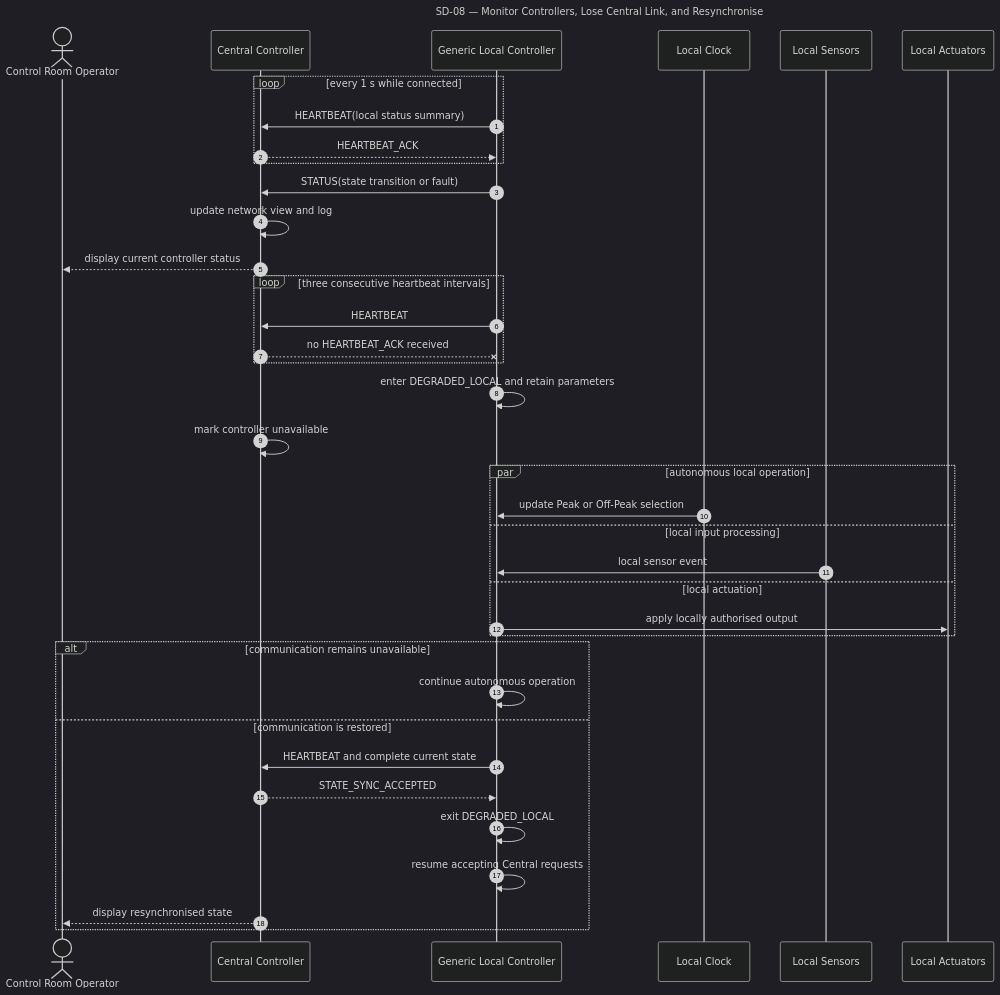
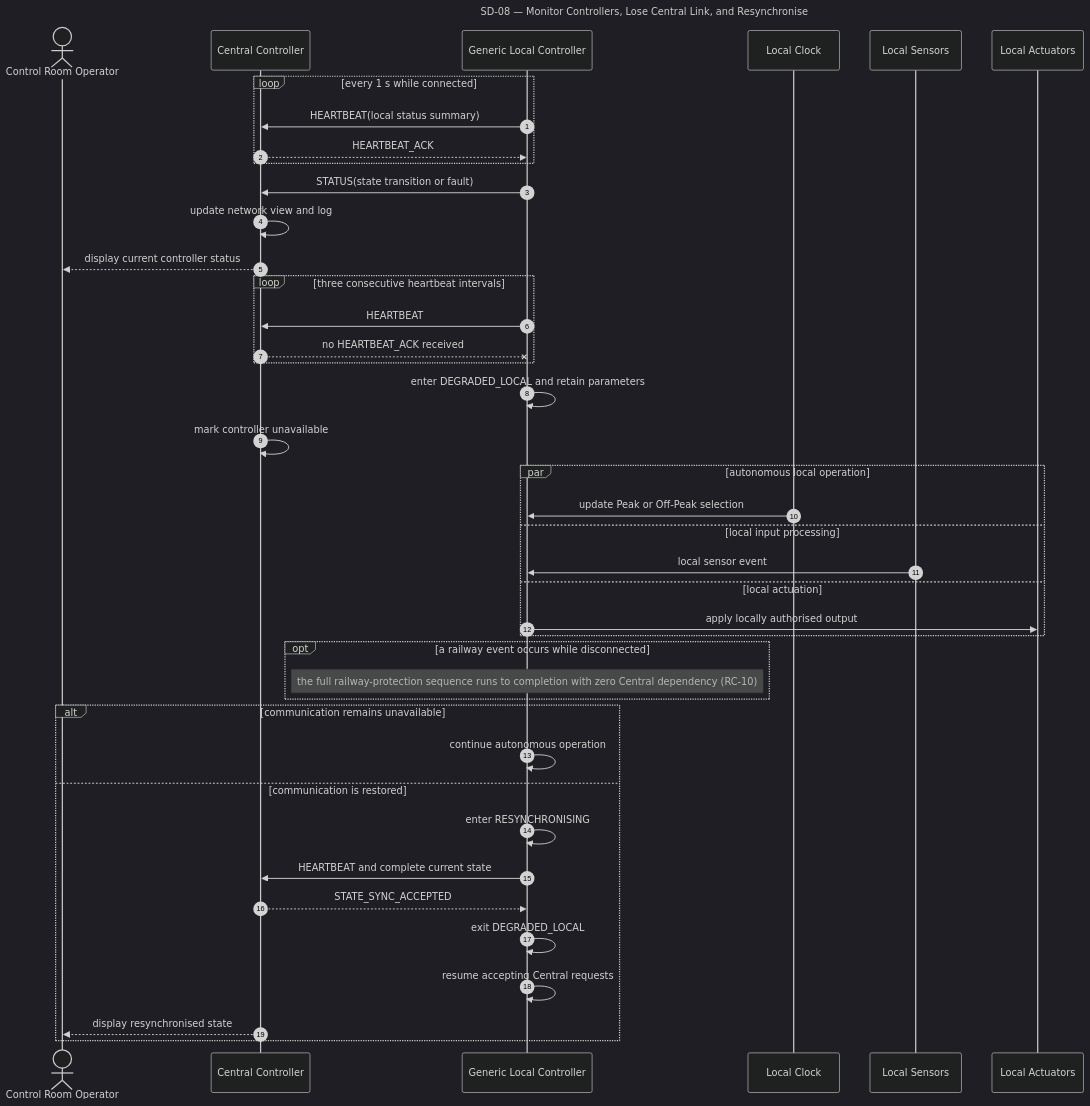
Before and after one commit to lucietran03/traffic-control-system: the eighth of 8 diagrams in SEQUENCE_DIAGRAMS.md, drawn with Mermaid (dark theme). The commit also changed other lines of this file and 1 other file, not shown here.

First line of the commit message:
Fix SD-07 ACK ordering, restore missing UC alt flows, add review notes

````diff
--- a/SEQUENCE_DIAGRAMS.md
+++ b/SEQUENCE_DIAGRAMS.md
@@ -381,51 +420,56 @@
 ```mermaid
 ---
 title: SD-08 — Monitor Controllers, Lose Central Link, and Resynchronise
 ---
 sequenceDiagram
     accTitle: SD-08 Monitor Controllers, Lose Central Link, and Resynchronise
     accDescr: A local controller is monitored while connected, continues autonomously after heartbeat loss, and resynchronises its current state before accepting new Central commands.
     autonumber
 
     actor Op as Control Room Operator
     participant C1 as Central Controller
     participant Gx as Generic Local Controller
     participant Clk as Local Clock
     participant Sn as Local Sensors
     participant Ac as Local Actuators
 
     loop every 1 s while connected
         Gx->>C1: HEARTBEAT(local status summary)
         C1-->>Gx: HEARTBEAT_ACK
     end
 
     Gx->>C1: STATUS(state transition or fault)
     C1->>C1: update network view and log
     C1-->>Op: display current controller status
 
     loop three consecutive heartbeat intervals
         Gx->>C1: HEARTBEAT
         C1--xGx: no HEARTBEAT_ACK received
     end
 
     Gx->>Gx: enter DEGRADED_LOCAL and retain parameters
     C1->>C1: mark controller unavailable
 
     par autonomous local operation
         Clk->>Gx: update Peak or Off-Peak selection
     and local input processing
         Sn->>Gx: local sensor event
     and local actuation
         Gx->>Ac: apply locally authorised output
     end
 
+    opt a railway event occurs while disconnected
+        Note over Gx: the full railway-protection sequence runs to completion with zero Central dependency (RC-10)
+    end
+
     alt communication remains unavailable
         Gx->>Gx: continue autonomous operation
     else communication is restored
+        Gx->>Gx: enter RESYNCHRONISING
         Gx->>C1: HEARTBEAT and complete current state
         C1-->>Gx: STATE_SYNC_ACCEPTED
         Gx->>Gx: exit DEGRADED_LOCAL
         Gx->>Gx: resume accepting Central requests
         C1-->>Op: display resynchronised state
     end
 ```
````
